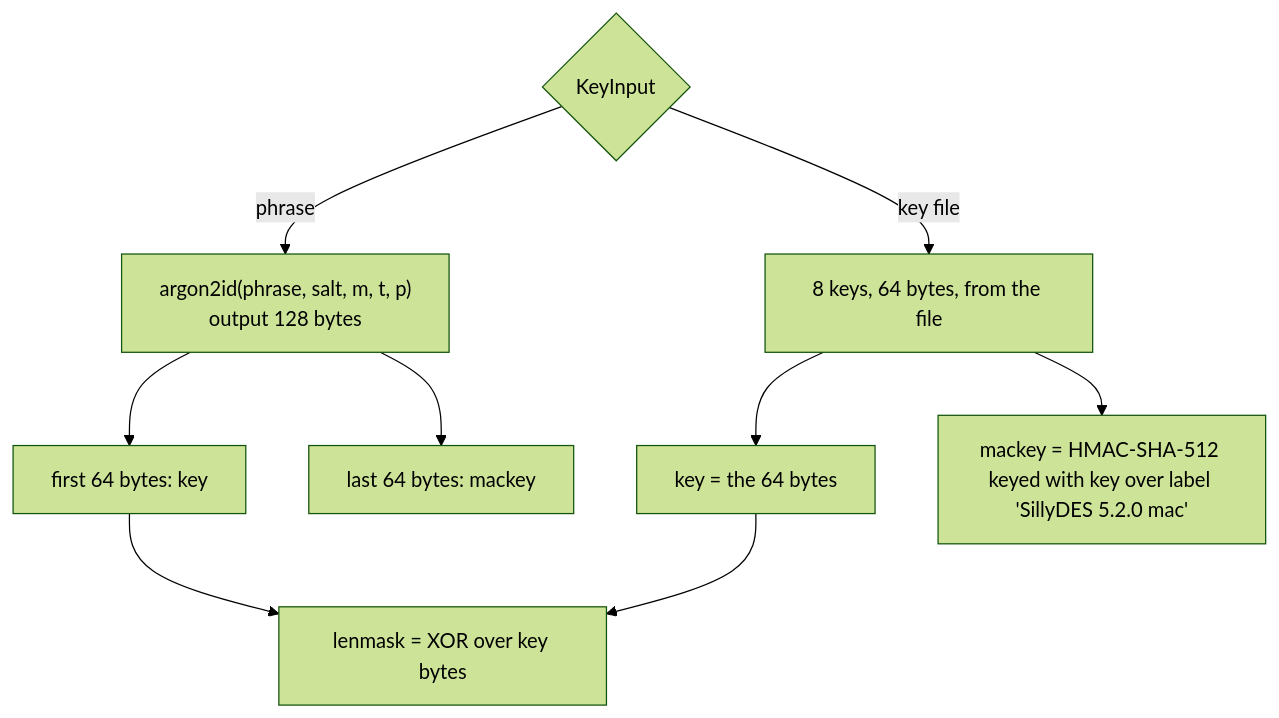
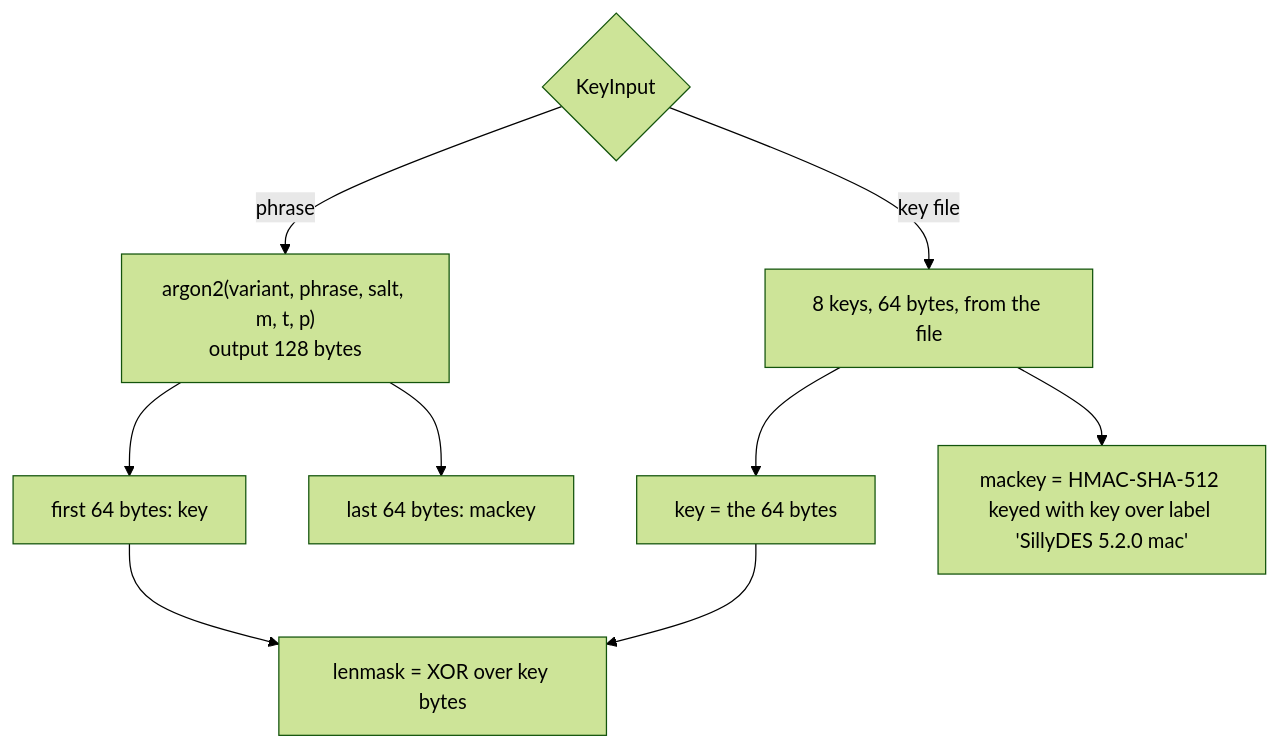
Before and after one commit to avw1ein/sillydes: the sixth of 10 diagrams in STRUCTURE.md, drawn with Mermaid (forest theme). The commit also changed other lines of this file and 21 other files, not shown here.

First line of the commit message:
Argon2i mode for the phrase, next to Argon2id (file format unchanged)

````diff
--- a/STRUCTURE.md
+++ b/STRUCTURE.md
@@ -286,11 +287,11 @@
 ```mermaid
 flowchart TD
-    in{"KeyInput"} -- phrase --> sc["argon2id(phrase, salt, m, t, p)<br/>output 128 bytes"]
+    in{"KeyInput"} -- phrase --> sc["argon2(variant, phrase, salt, m, t, p)<br/>output 128 bytes"]
     in -- key file --> kf["8 keys, 64 bytes, from the file"]
     sc --> k1["first 64 bytes: key"]
     sc --> k2["last 64 bytes: mackey"]
     kf --> k3["key = the 64 bytes"]
     kf --> hm["mackey = HMAC-SHA-512 keyed with key over label 'SillyDES 5.2.0 mac'"]
     k1 --> lm["lenmask = XOR over key bytes"]
     k3 --> lm
 ```
````
